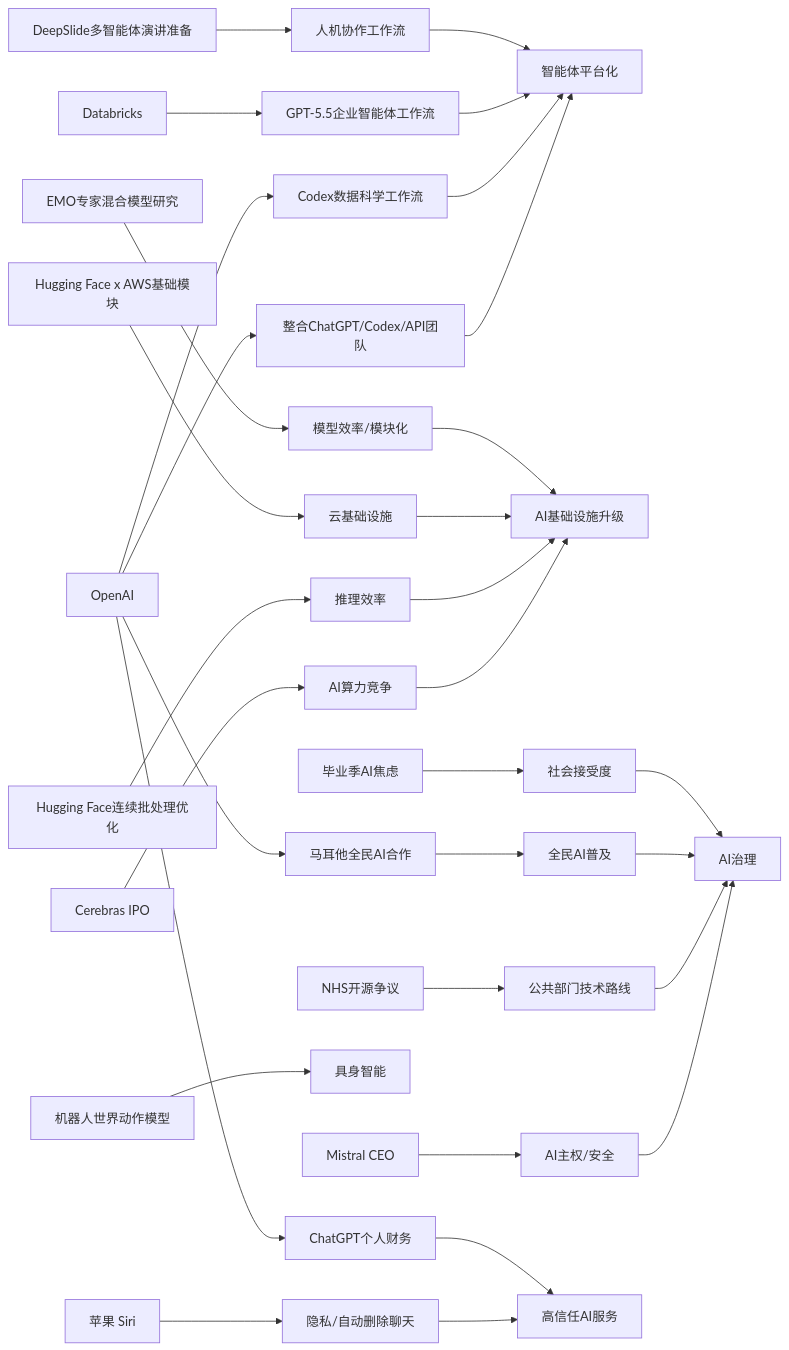
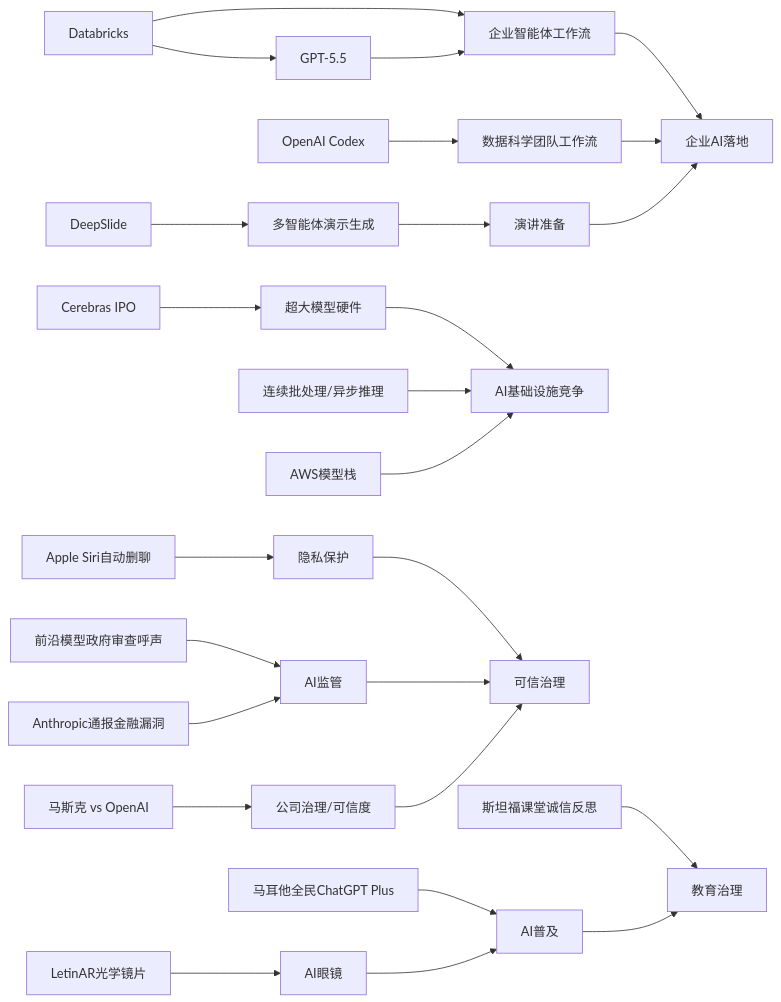
The diagram in content/cn/2026/2026-05/2026-05-18.md (zhuxinfei/ai-daily-site), drawn with Mermaid before and after one commit. The commit also changed other lines of this file, not shown here.

````diff
--- a/content/cn/2026/2026-05/2026-05-18.md
+++ b/content/cn/2026/2026-05/2026-05-18.md
@@ -110,37 +112,35 @@
 ```mermaid
 graph LR
-    Apple[苹果 Siri] --> Privacy[隐私/自动删除聊天]
-    OpenAI[OpenAI] --> ChatGPTFinance[ChatGPT个人财务]
-    OpenAI --> ProductMerge[整合ChatGPT/Codex/API团队]
-    OpenAI --> Malta[马耳他全民AI合作]
-    OpenAI --> Codex[Codex数据科学工作流]
-    Databricks[Databricks] --> GPT55[GPT-5.5企业智能体工作流]
-    ProductMerge --> Agents[智能体平台化]
-    Codex --> Agents
-    GPT55 --> Agents
+    A[Databricks] --> B[GPT-5.5]
+    A --> C[企业智能体工作流]
+    B --> C
 
-    Cerebras[Cerebras IPO] --> Compute[AI算力竞争]
-    HFAsync[Hugging Face连续批处理优化] --> Inference[推理效率]
-    HFAWS[Hugging Face x AWS基础模块] --> Infra[云基础设施]
-    EMO[EMO专家混合模型研究] --> ModelEff[模型效率/模块化]
-    Compute --> AIInfra[AI基础设施升级]
-    Inference --> AIInfra
-    Infra --> AIInfra
-    ModelEff --> AIInfra
+    D[OpenAI Codex] --> E[数据科学团队工作流]
+    F[DeepSlide] --> G[多智能体演示生成]
+    G --> H[演讲准备]
 
-    DeepSlide[DeepSlide多智能体演讲准备] --> Workflow[人机协作工作流]
-    WorldAction[机器人世界动作模型] --> EmbodiedAI[具身智能]
-    Workflow --> Agents
+    C --> I[企业AI落地]
+    E --> I
+    H --> I
 
-    Mistral[Mistral CEO] --> Sovereignty[AI主权/安全]
-    NHS[NHS开源争议] --> PublicSector[公共部门技术路线]
-    Malta --> AILiteracy[全民AI普及]
-    Commencement[毕业季AI焦虑] --> SocialTrust[社会接受度]
-    Sovereignty --> Governance[AI治理]
-    PublicSector --> Governance
-    AILiteracy --> Governance
-    SocialTrust --> Governance
+    J[Cerebras IPO] --> K[超大模型硬件]
+    L[连续批处理/异步推理]
+    M[AWS模型栈]
+    K --> N[AI基础设施竞争]
+    L --> N
+    M --> N
 
-    Privacy --> Trust[高信任AI服务]
-    ChatGPTFinance --> Trust
+    O[Apple Siri自动删聊] --> P[隐私保护]
+    Q[前沿模型政府审查呼声] --> R[AI监管]
+    S[马斯克 vs OpenAI] --> T[公司治理/可信度]
+    U[Anthropic通报金融漏洞] --> R
+    P --> V[可信治理]
+    R --> V
+    T --> V
+
+    W[LetinAR光学镜片] --> X[AI眼镜]
+    Y[马耳他全民ChatGPT Plus] --> Z[AI普及]
+    AA[斯坦福课堂诚信反思] --> AB[教育治理]
+    X --> Z
+    Z --> AB
 ```
````
